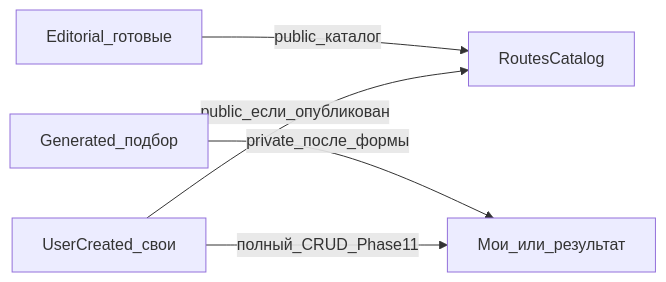
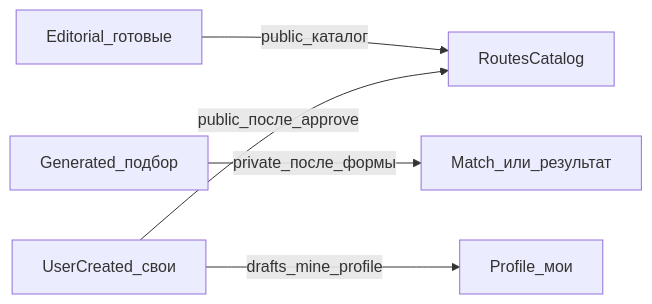
One commit to xotabeach/tourism-platform changed the sixth of 6 diagrams in docs/diagrams/phase-and-screens-map.md. Above: the diagram before and after it, drawn with Mermaid. The commit also changed other lines of this file and 13 other files, not shown here.

````diff
--- a/docs/diagrams/phase-and-screens-map.md
+++ b/docs/diagrams/phase-and-screens-map.md
@@ -220,11 +225,11 @@
 ```mermaid
 flowchart LR
   editorial[Editorial_готовые]
   generated[Generated_подбор]
   user[UserCreated_свои]
 
   editorial -->|public_каталог| catalog[RoutesCatalog]
-  user -->|public_если_опубликован| catalog
-  generated -->|private_после_формы| my[Мои_или_результат]
-  user -->|полный_CRUD_Phase11| my
+  user -->|public_после_approve| catalog
+  generated -->|private_после_формы| result[Match_или_результат]
+  user -->|drafts_mine_profile| profile[Profile_мои]
 ```
````
